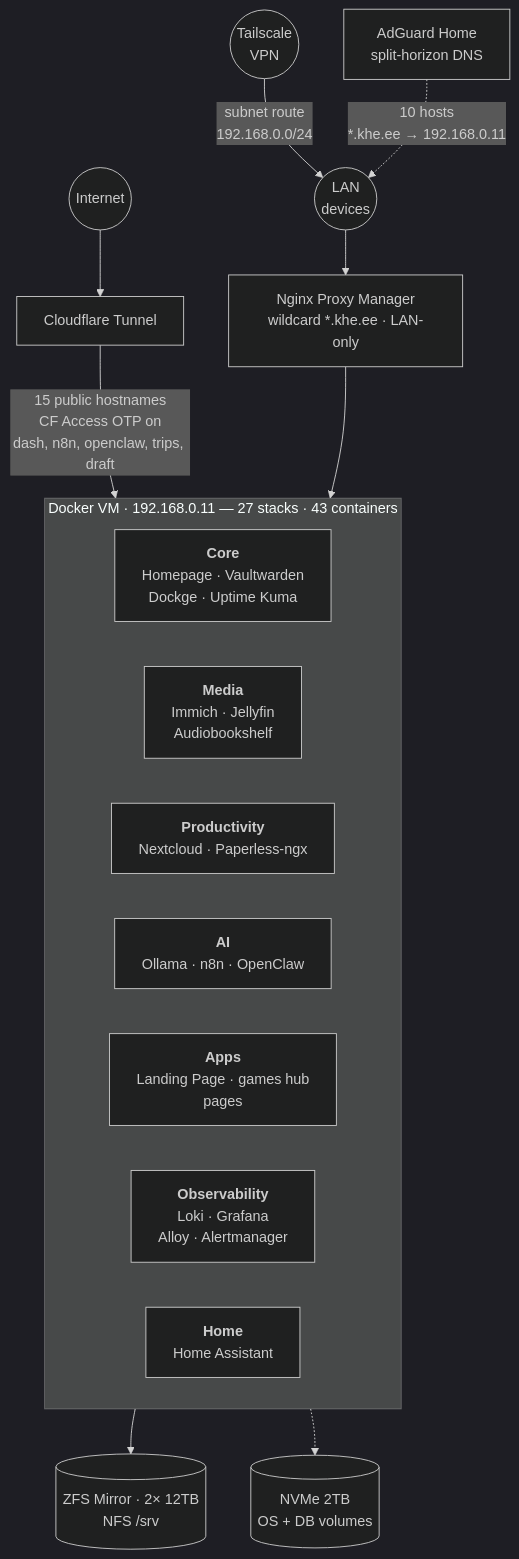
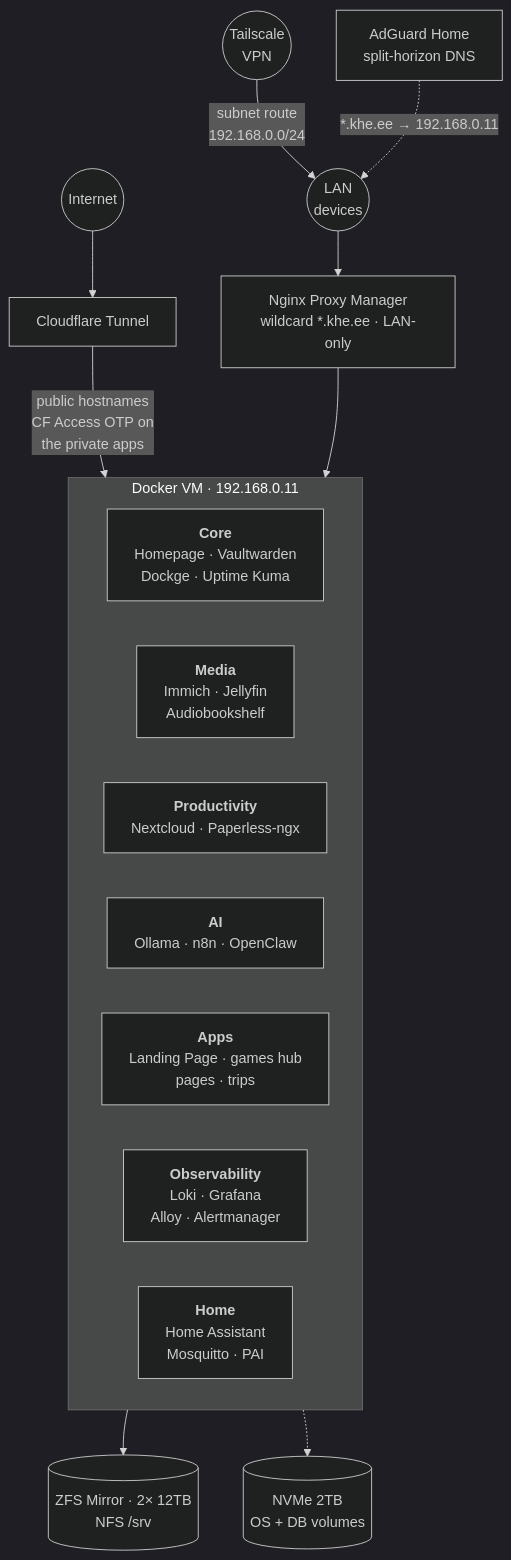
The diagram in README.md (khelias/khe-homelab), drawn with Mermaid (dark theme) before and after one commit. The commit also changed other lines of this file, not shown here.

````diff
--- a/README.md
+++ b/README.md
@@ -7,28 +7,28 @@
 ```mermaid
 graph TB
     Internet((Internet))
     VPN((Tailscale<br/>VPN))
     LAN((LAN<br/>devices))
 
     Internet --> CF[Cloudflare Tunnel]
     VPN -->|subnet route<br/>192.168.0.0/24| LAN
-    AG[AdGuard Home<br/>split-horizon DNS] -.->|10 hosts<br/>*.khe.ee → 192.168.0.11| LAN
+    AG[AdGuard Home<br/>split-horizon DNS] -.->|*.khe.ee → 192.168.0.11| LAN
     LAN --> NPM[Nginx Proxy Manager<br/>wildcard *.khe.ee · LAN-only]
 
-    CF -->|15 public hostnames<br/>CF Access OTP on<br/>dash, n8n, openclaw, trips, draft| DVM
+    CF -->|public hostnames<br/>CF Access OTP on<br/>the private apps| DVM
     NPM --> DVM
 
-    subgraph DVM[Docker VM · 192.168.0.11 — 27 stacks · 43 containers]
+    subgraph DVM[Docker VM · 192.168.0.11]
         direction LR
         Core["<b>Core</b><br/>Homepage · Vaultwarden<br/>Dockge · Uptime Kuma"]
         Media["<b>Media</b><br/>Immich · Jellyfin<br/>Audiobookshelf"]
         Prod["<b>Productivity</b><br/>Nextcloud · Paperless-ngx"]
         AI["<b>AI</b><br/>Ollama · n8n · OpenClaw"]
-        Apps["<b>Apps</b><br/>Landing Page · games hub<br/>pages"]
+        Apps["<b>Apps</b><br/>Landing Page · games hub<br/>pages · trips"]
         Obs["<b>Observability</b><br/>Loki · Grafana<br/>Alloy · Alertmanager"]
-        Home["<b>Home</b><br/>Home Assistant"]
+        Home["<b>Home</b><br/>Home Assistant<br/>Mosquitto · PAI"]
     end
 
     DVM --> HDD[(ZFS Mirror · 2× 12TB<br/>NFS /srv)]
     DVM -.-> NVMe[(NVMe 2TB<br/>OS + DB volumes)]
 ```
````
